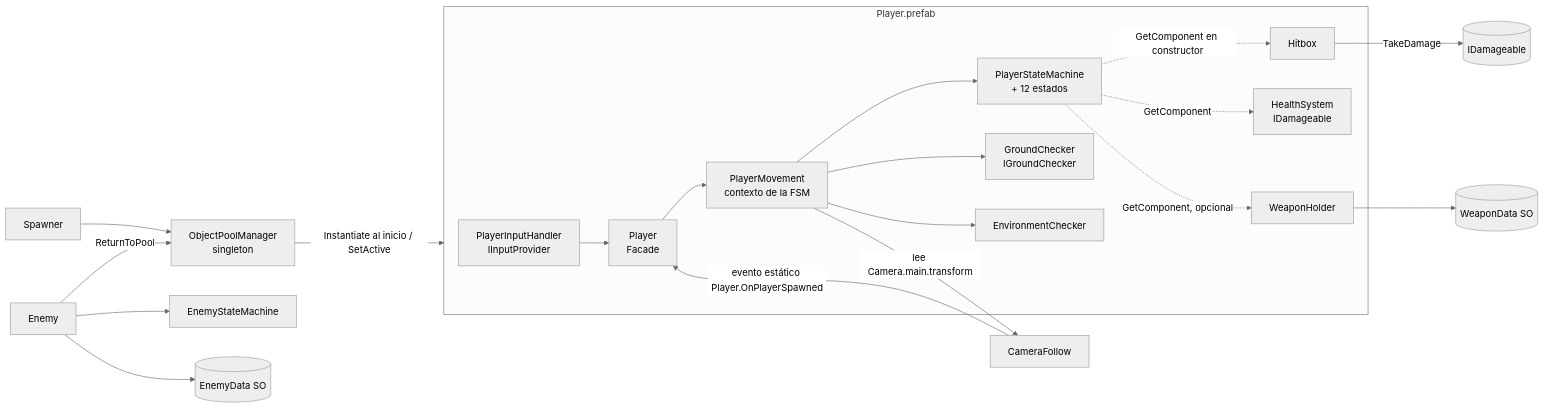
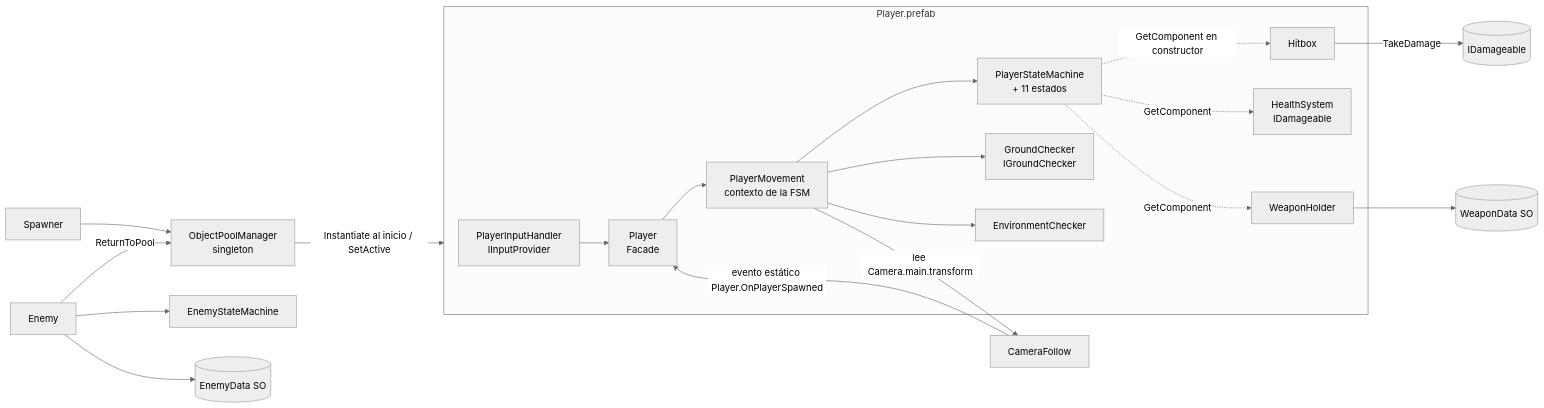
Before and after one commit to AlanYahirAguilar/warrior-woke: the first of 2 diagrams in docs/arquitectura.md, drawn with Mermaid (neutral theme). The commit also changed other lines of this file and 44 other files, not shown here.

````diff
--- a/docs/arquitectura.md
+++ b/docs/arquitectura.md
@@ -111,22 +113,22 @@
 ```mermaid
 flowchart LR
     subgraph Player.prefab
       PIH[PlayerInputHandler<br/>IInputProvider] --> P[Player<br/>Facade]
       P --> PM[PlayerMovement<br/>contexto de la FSM]
-      PM --> FSM[PlayerStateMachine<br/>+ 12 estados]
+      PM --> FSM[PlayerStateMachine<br/>+ 11 estados]
       PM --> GC[GroundChecker<br/>IGroundChecker]
       PM --> EC[EnvironmentChecker]
       FSM -. GetComponent en constructor .-> HB[Hitbox]
       FSM -. GetComponent .-> HS[HealthSystem<br/>IDamageable]
-      FSM -. GetComponent, opcional .-> WH[WeaponHolder]
+      FSM -. GetComponent .-> WH[WeaponHolder]
     end
     PM -- lee Camera.main.transform --> CAM[CameraFollow]
     CAM -- evento estático Player.OnPlayerSpawned --> P
     SP[Spawner] --> OPM[ObjectPoolManager<br/>singleton]
     OPM -- Instantiate al inicio / SetActive --> Player.prefab
     HB -- TakeDamage --> IDam[(IDamageable)]
     WH --> WD[(WeaponData SO)]
     E[Enemy] --> EFSM[EnemyStateMachine]
     E --> ED[(EnemyData SO)]
     E -- ReturnToPool --> OPM
 ```
````
